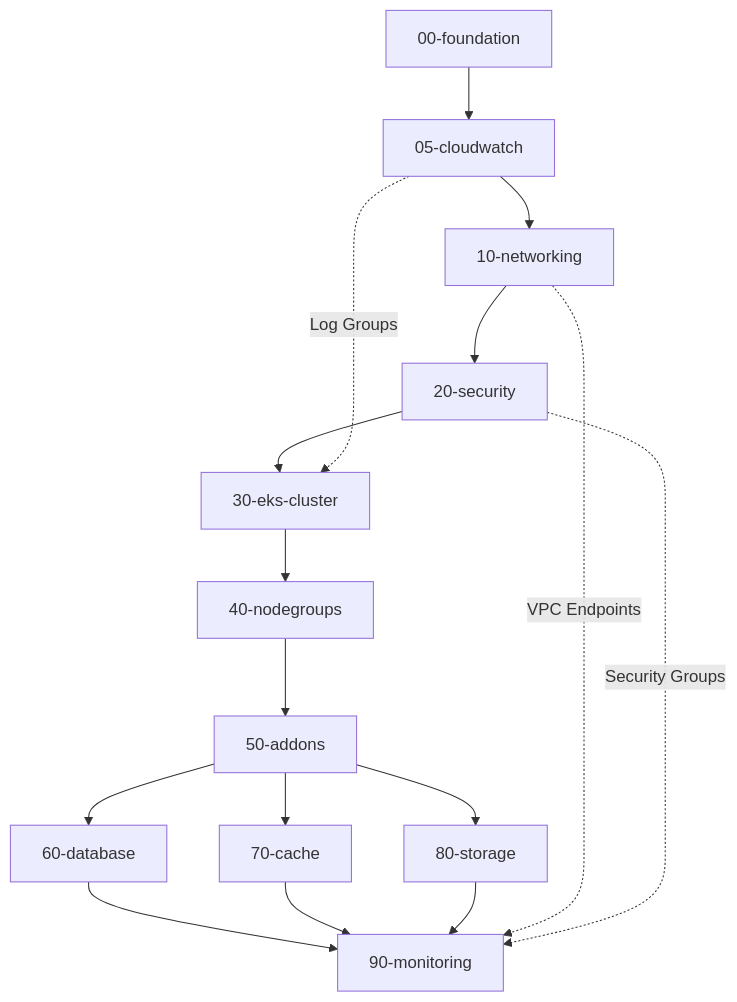
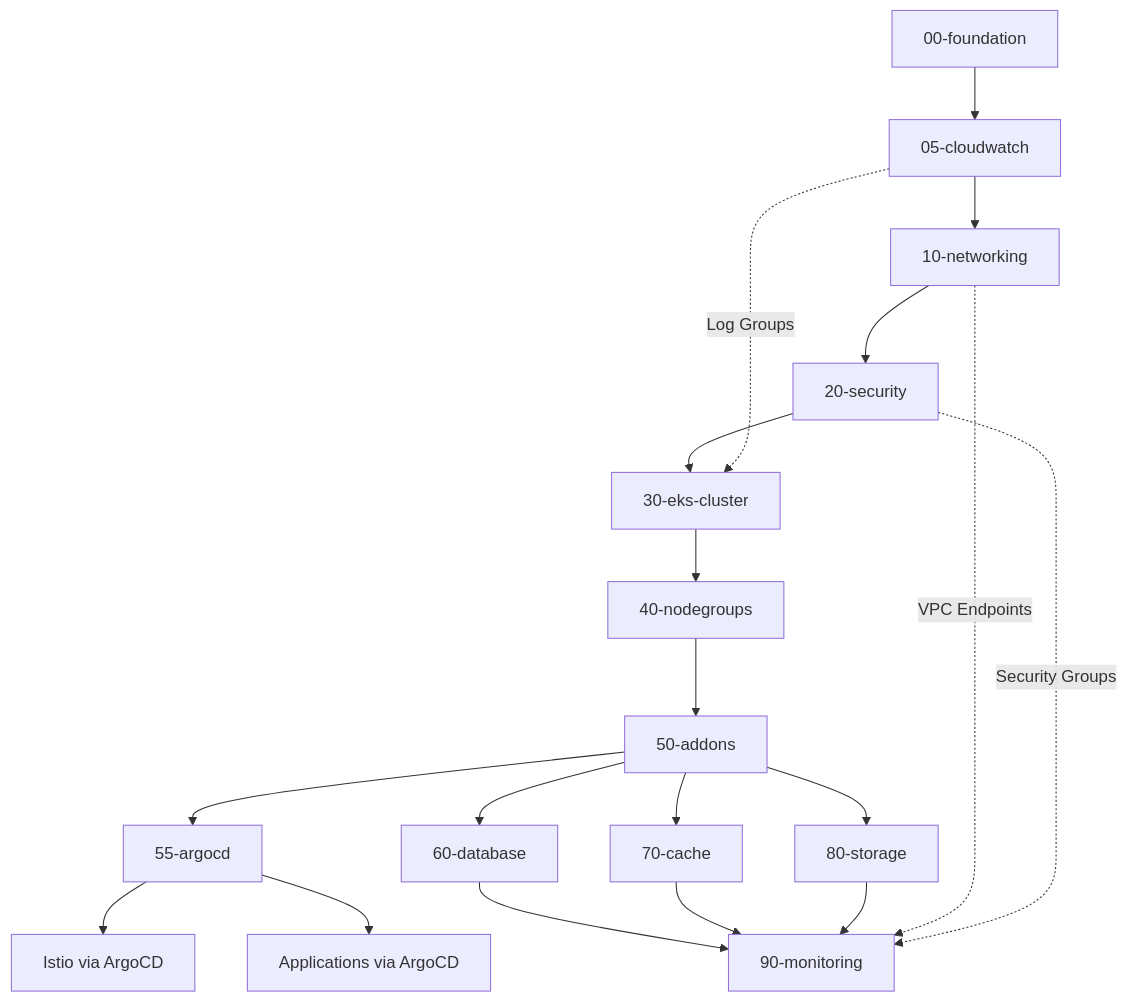
Before and after one commit to JSJ2337/AWS_EKS_terraform_code: the third of 9 diagrams in docs/architecture.md, drawn with Mermaid. The commit also changed other lines of this file and 10 other files, not shown here.

First line of the commit message:
feat: ArgoCD Terraform 모듈 및 55-argocd 레이어 추가

````diff
--- a/docs/architecture.md
+++ b/docs/architecture.md
@@ -117,21 +117,25 @@
 ```mermaid
 flowchart TD
     F[00-foundation] --> CW[05-cloudwatch]
     CW --> N[10-networking]
     N --> S[20-security]
     S --> EKS[30-eks-cluster]
     EKS --> NG[40-nodegroups]
     NG --> AD[50-addons]
 
+    AD --> ARGO[55-argocd]
     AD --> DB[60-database]
     AD --> CA[70-cache]
     AD --> ST[80-storage]
+
+    ARGO --> ISTIO[Istio via ArgoCD]
+    ARGO --> APPS[Applications via ArgoCD]
 
     DB --> MO[90-monitoring]
     CA --> MO
     ST --> MO
 
     N -.->|VPC Endpoints| MO
     S -.->|Security Groups| MO
     CW -.->|Log Groups| EKS
 ```
````
